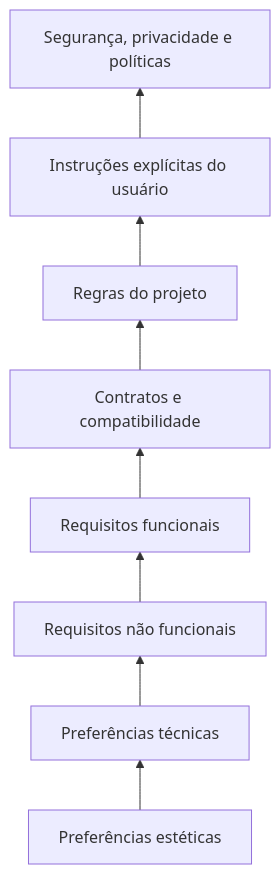
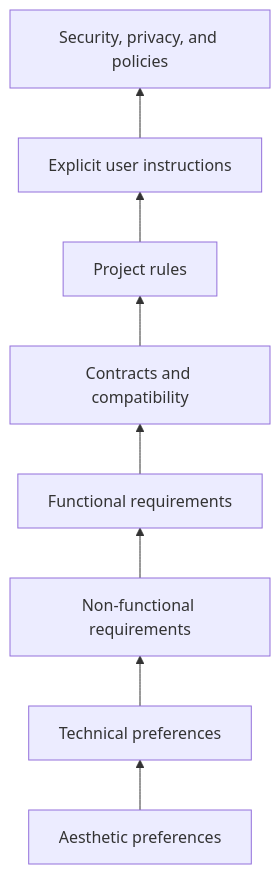
Before and after one commit to rpelizza/PelizzAI: the third of 5 diagrams in dist/.claude/skills/pelizzai-reasoning/techniques/constraint-satisfaction.md, drawn with Mermaid. The commit also changed other lines of this file and 362 other files, not shown here.

````diff
--- a/dist/.claude/skills/pelizzai-reasoning/techniques/constraint-satisfaction.md
+++ b/dist/.claude/skills/pelizzai-reasoning/techniques/constraint-satisfaction.md
@@ -222,13 +222,13 @@
 ```mermaid
 flowchart BT
-    A[Preferências estéticas]
-    B[Preferências técnicas]
-    C[Requisitos não funcionais]
-    D[Requisitos funcionais]
-    E[Contratos e compatibilidade]
-    F[Regras do projeto]
-    G[Instruções explícitas do usuário]
-    H[Segurança, privacidade e políticas]
+    A[Aesthetic preferences]
+    B[Technical preferences]
+    C[Non-functional requirements]
+    D[Functional requirements]
+    E[Contracts and compatibility]
+    F[Project rules]
+    G[Explicit user instructions]
+    H[Security, privacy, and policies]
 
     A --> B --> C --> D --> E --> F --> G --> H
 ```
````
